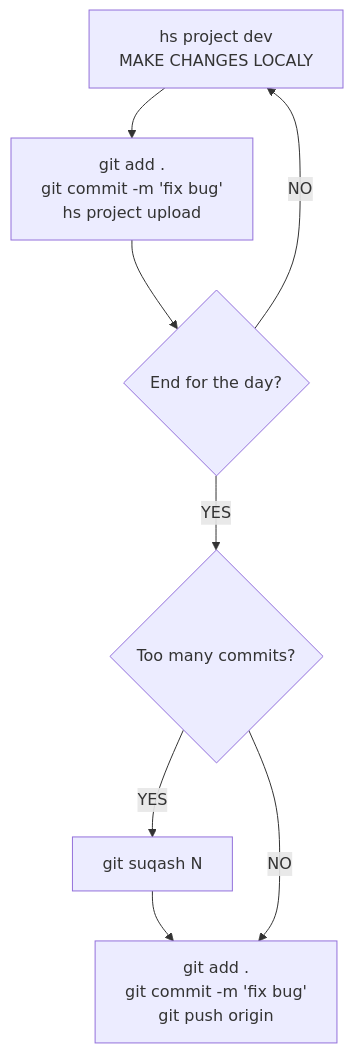
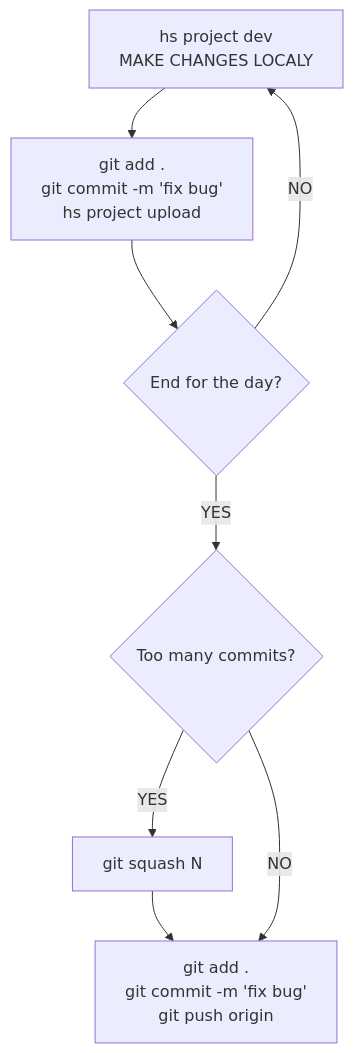
Before and after one commit to unlimited-tech-solutions/AREA-workflows: the second of 2 diagrams in README.md, drawn with Mermaid. The commit also changed other lines of this file and 3 other files, not shown here.

````diff
--- a/README.md
+++ b/README.md
@@ -206,11 +206,11 @@
 ```Mermaid
 flowchart TD
     c1[hs project dev \n MAKE CHANGES LOCALY]-->c2[git add . \n git commit -m 'fix bug' \n hs project upload]
     c2-->c3{End for the day?}
     c3-- NO -->c1
     c3-- YES --> c4{Too many commits?}
-    c4-- YES --> c5[git suqash N]
+    c4-- YES --> c5[git squash N]
     c5 --> c6
     c4-- NO --> c6[git add . \n git commit -m 'fix bug' \n git push origin]
 
 ```
````
